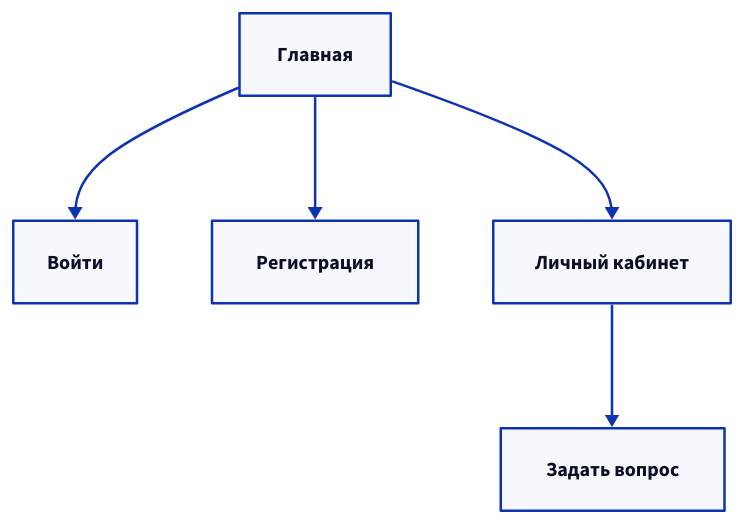
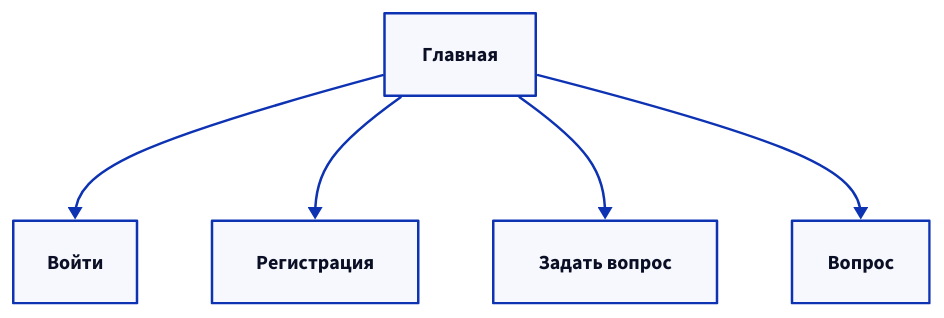
One commit to cofeek-codes/year3half2 changed the diagram in kp/assets/sitemap.d2. Above: the diagram before and after it, drawn with D2. The commit also changed 4 other files, not shown here.

```diff
--- a/kp/assets/sitemap.d2
+++ b/kp/assets/sitemap.d2
@@ -1,4 +1,4 @@
 Главная -> Войти
 Главная -> Регистрация
-Главная -> Личный кабинет
-Личный кабинет -> Задать вопрос
+Главная -> Задать вопрос
+Главная -> Вопрос
```
